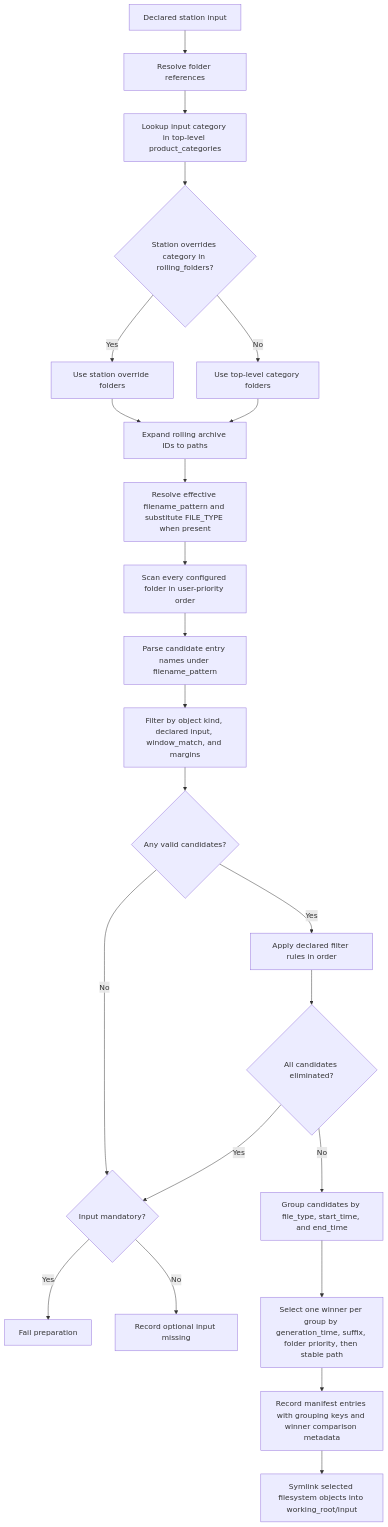
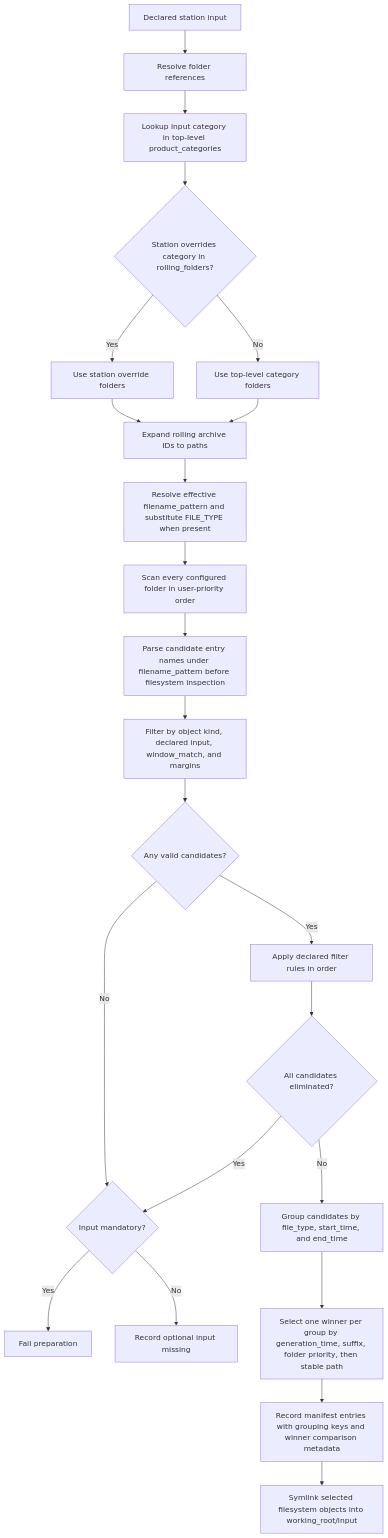
The third of 7 diagrams in docs/docs/02-architecture.md (GoBobr/veriproc), drawn with Mermaid before and after one commit. The commit also changed 11 other files, not shown here.

````diff
--- a/docs/docs/02-architecture.md
+++ b/docs/docs/02-architecture.md
@@ -162,25 +162,25 @@
 ```mermaid
 flowchart TD
   A[Declared station input] --> B[Resolve folder references]
   B --> C[Lookup input category in top-level product_categories]
   C --> D{Station overrides category in rolling_folders?}
   D -- Yes --> E[Use station override folders]
   D -- No --> F[Use top-level category folders]
   E --> G[Expand rolling archive IDs to paths]
   F --> G
   G --> H[Resolve effective filename_pattern and substitute FILE_TYPE when present]
   H --> I[Scan every configured folder in user-priority order]
-  I --> J[Parse candidate entry names under filename_pattern]
+  I --> J[Parse candidate entry names under filename_pattern before filesystem inspection]
   J --> K[Filter by object kind, declared input, window_match, and margins]
   K --> L{Any valid candidates?}
   L -- No --> M{Input mandatory?}
   M -- Yes --> N[Fail preparation]
   M -- No --> O[Record optional input missing]
   L -- Yes --> FA[Apply declared filter rules in order]
   FA --> FB{All candidates eliminated?}
   FB -- Yes --> M
   FB -- No --> P[Group candidates by file_type, start_time, and end_time]
   P --> Q[Select one winner per group by generation_time, suffix, folder priority, then stable path]
   Q --> R[Record manifest entries with grouping keys and winner comparison metadata]
   R --> S[Symlink selected filesystem objects into working_root/input]
 ```
````
